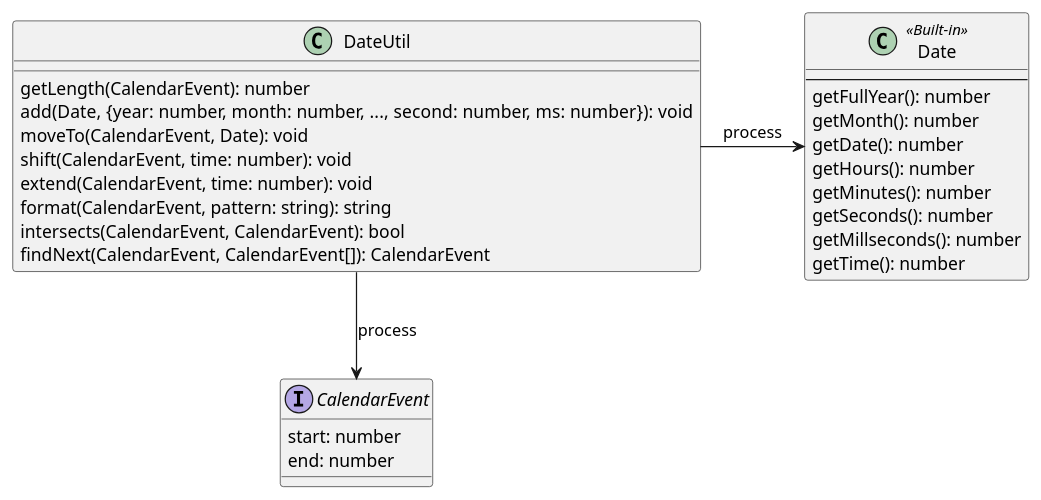
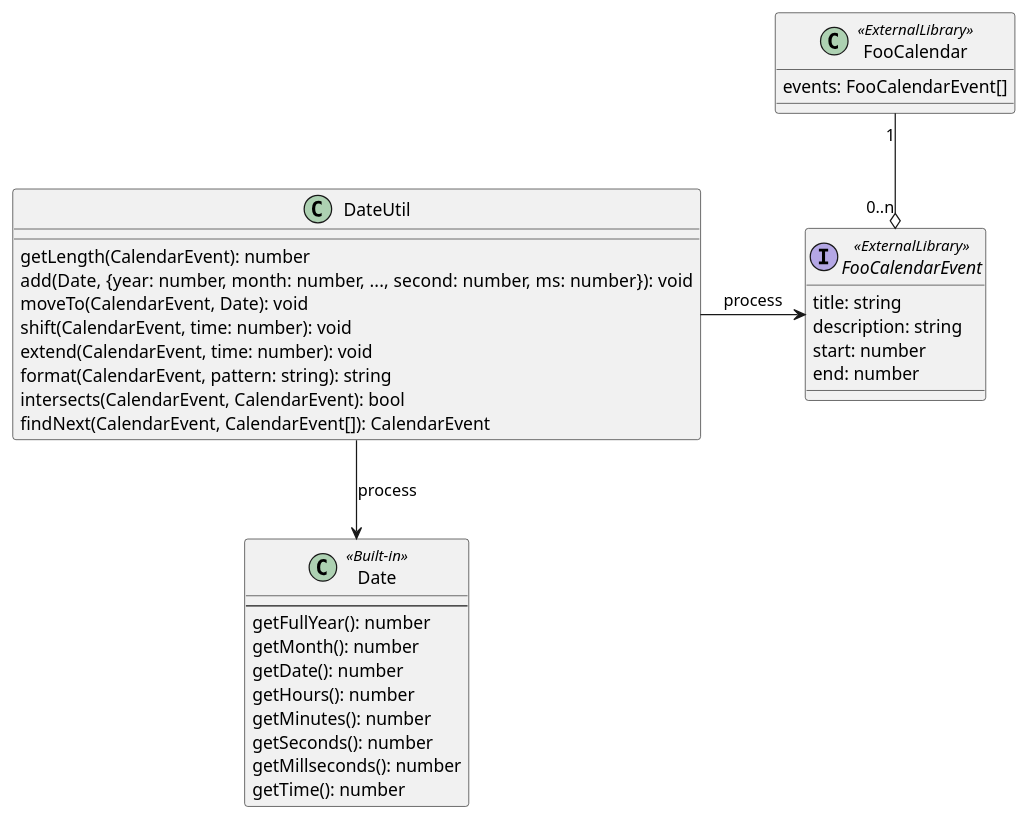
The diagram in class-design/img/oop/no-util/ugly.puml (simpler-one/code.ugly-hackling), drawn with PlantUML before and after one commit. The commit also changed 3 other files, not shown here.

```diff
--- a/class-design/img/oop/no-util/ugly.puml
+++ b/class-design/img/oop/no-util/ugly.puml
@@ -1,35 +1,43 @@
 @startuml ugly
 
 class DateUtil {
     getLength(CalendarEvent): number
     add(Date, {year: number, month: number, ..., second: number, ms: number}): void
     moveTo(CalendarEvent, Date): void
     shift(CalendarEvent, time: number): void
     extend(CalendarEvent, time: number): void
     format(CalendarEvent, pattern: string): string
     intersects(CalendarEvent, CalendarEvent): bool
     findNext(CalendarEvent, CalendarEvent[]): CalendarEvent
 }
 
 class Date <<Built-in>> {
     ---
     getFullYear(): number
     getMonth(): number
     getDate(): number
     getHours(): number
     getMinutes(): number
     getSeconds(): number
     getMillseconds(): number
     getTime(): number
 }
 
-interface CalendarEvent {
+class FooCalendar <<ExternalLibrary>> {
+    events: FooCalendarEvent[]
+}
+
+interface FooCalendarEvent <<ExternalLibrary>> {
+    title: string
+    description: string
     start: number
     end: number
 }
 
 
-DateUtil -> Date : process
-DateUtil --> CalendarEvent : process
+FooCalendar "1" --o "0..n" FooCalendarEvent
+
+DateUtil -> FooCalendarEvent : process
+DateUtil --> Date : process
 
 @enduml
```
